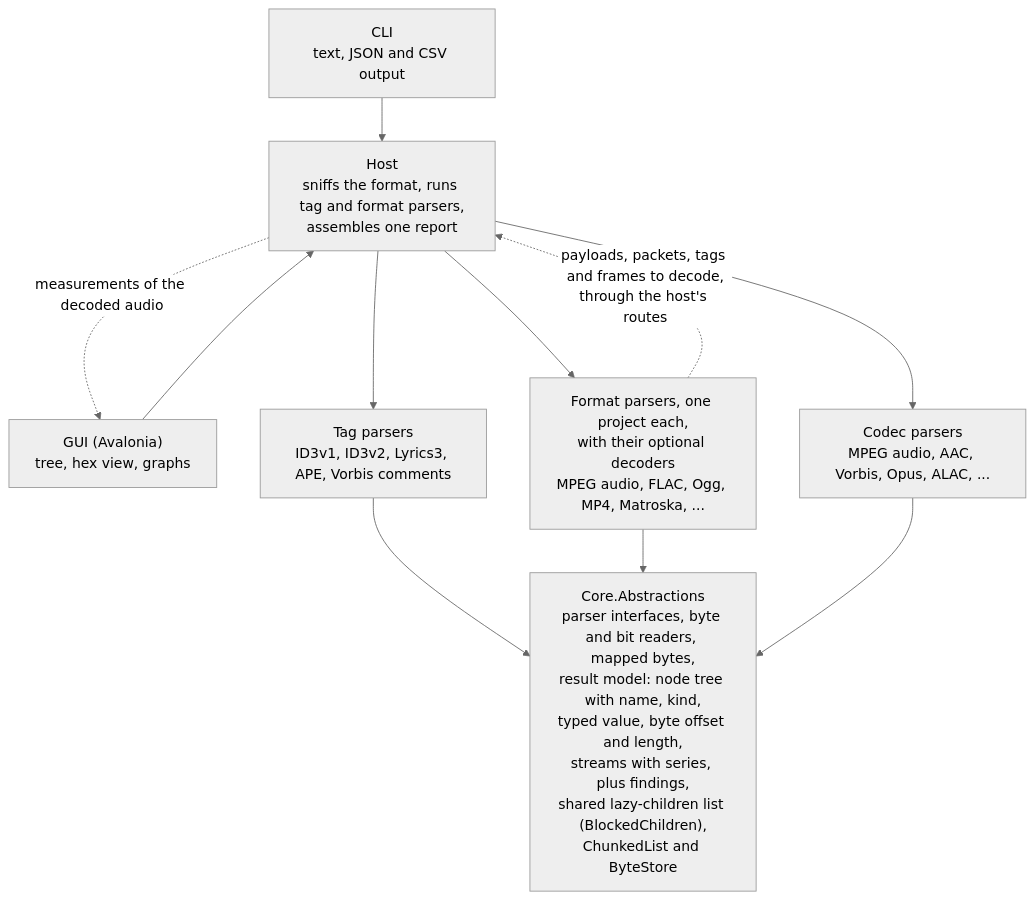
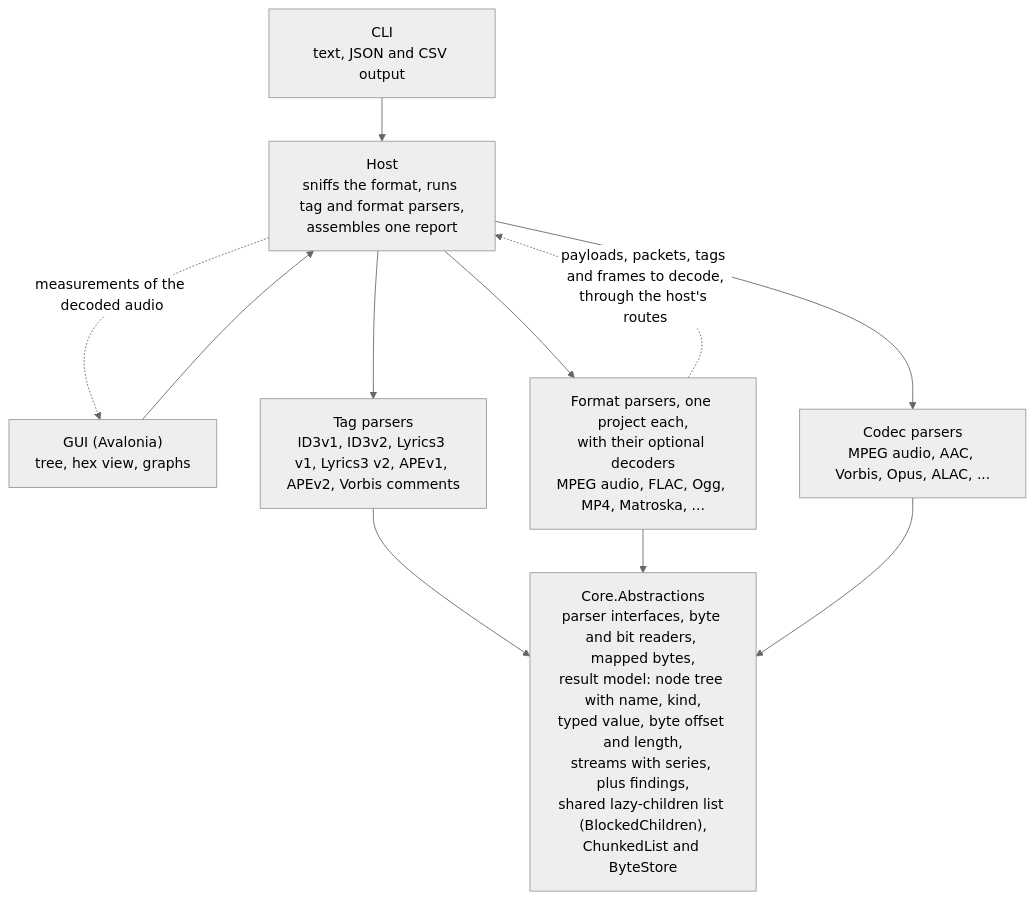
One commit to smares/encspect changed the diagram in docs/architecture.md. Above: the diagram before and after it, drawn with Mermaid (neutral theme). The commit also changed other lines of this file and 121 other files, not shown here.

````diff
--- a/docs/architecture.md
+++ b/docs/architecture.md
@@ -9,13 +9,13 @@
 ```mermaid
 flowchart TD
     CLI["CLI<br/>text, JSON and CSV output"] --> Host
     GUI["GUI (Avalonia)<br/>tree, hex view, graphs"] --> Host
     Host -.->|"measurements of the decoded audio"| GUI
-    Host["Host<br/>sniffs the format, runs tag and format parsers,<br/>assembles one report"] --> Tags["Tag parsers<br/>ID3v1, ID3v2, Lyrics3, APE, Vorbis comments"]
+    Host["Host<br/>sniffs the format, runs tag and format parsers,<br/>assembles one report"] --> Tags["Tag parsers<br/>ID3v1, ID3v2, Lyrics3 v1, Lyrics3 v2, APEv1, APEv2, Vorbis comments"]
     Host --> Formats["Format parsers, one project each,<br/>with their optional decoders<br/>MPEG audio, FLAC, Ogg, MP4, Matroska, ..."]
     Host --> Codecs["Codec parsers<br/>MPEG audio, AAC, Vorbis, Opus, ALAC, ..."]
     Formats -.->|"payloads, packets, tags and frames to decode,<br/>through the host's routes"| Host
     Tags --> Core["Core.Abstractions<br/>parser interfaces, byte and bit readers, mapped bytes,<br/>result model: node tree with name, kind,<br/>typed value, byte offset and length,<br/>streams with series, plus findings,<br/>shared lazy-children list (BlockedChildren),<br/>ChunkedList and ByteStore"]
     Formats --> Core
     Codecs --> Core
 ```
````
